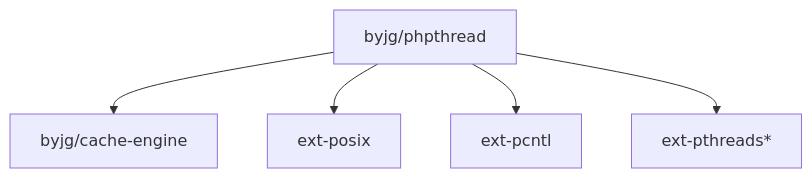
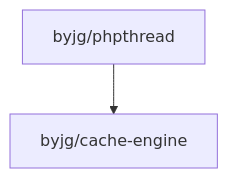
The diagram in README.md (byjg/php-phpthread), drawn with Mermaid before and after one commit. The commit also changed other lines of this file and 16 other files, not shown here.

````diff
--- a/README.md
+++ b/README.md
@@ -133,7 +163,4 @@
 ```mermaid
 flowchart TD
     byjg/phpthread --> byjg/cache-engine
-    byjg/phpthread --> ext-posix
-    byjg/phpthread --> ext-pcntl
-    byjg/phpthread --> ext-pthreads*
 ```
````
